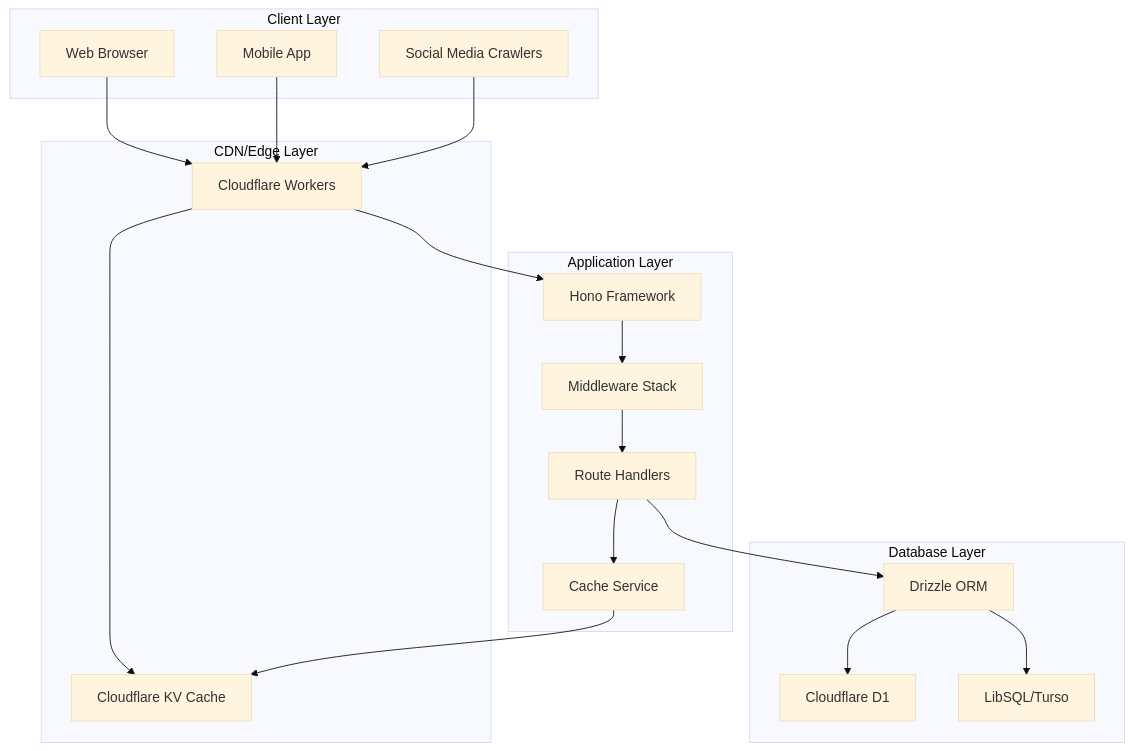
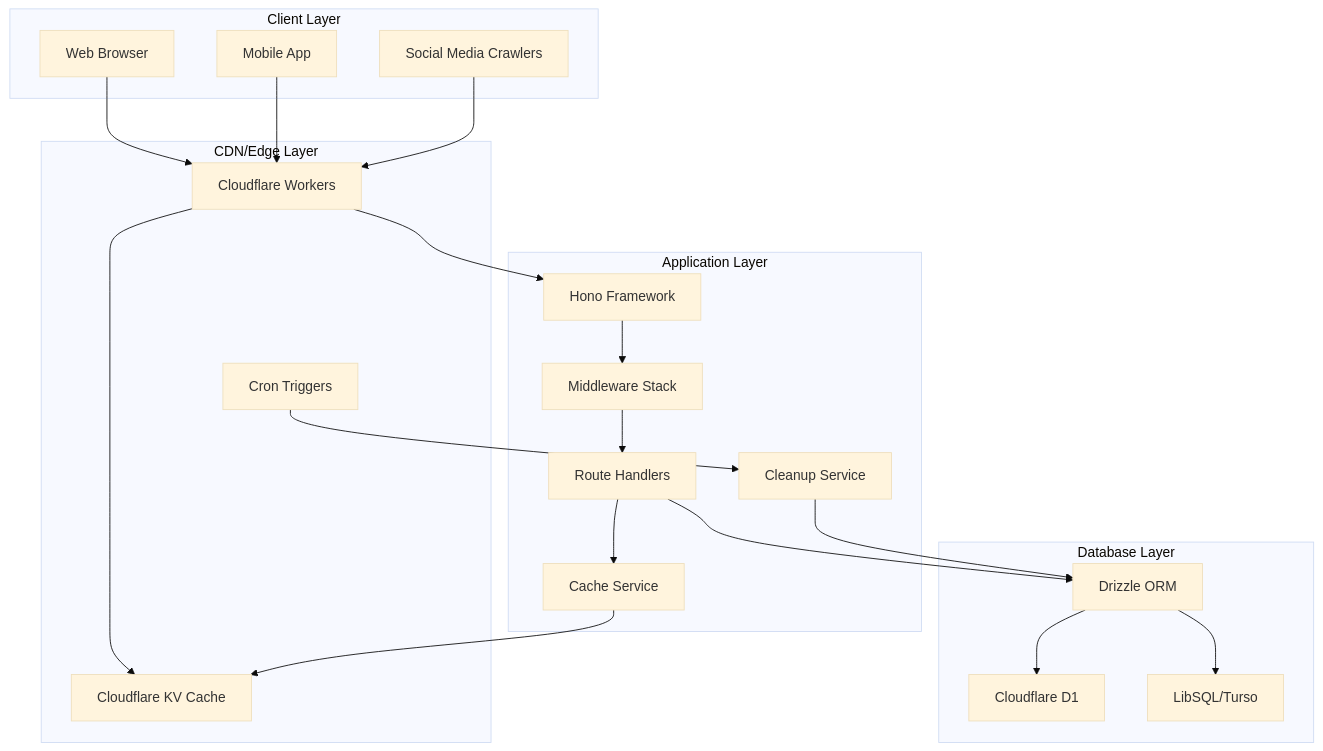
Before and after one commit to WuChenDi/shortener: the diagram in README.md, drawn with Mermaid (base theme). The commit also changed other lines of this file and 3 other files, not shown here.

First line of the commit message:
feat(cron): implement daily cleanup task for expired links

````diff
--- a/README.md
+++ b/README.md
@@ -37,35 +39,39 @@
 ```mermaid
 graph TB
     subgraph Client Layer
         A[Web Browser]
         B[Mobile App]
         C[Social Media Crawlers]
     end
     subgraph CDN/Edge Layer
         D[Cloudflare Workers]
         E[Cloudflare KV Cache]
+        F[Cron Triggers]
     end
     subgraph Application Layer
-        F[Hono Framework]
-        G[Middleware Stack]
-        H[Route Handlers]
-        I[Cache Service]
+        G[Hono Framework]
+        H[Middleware Stack]
+        I[Route Handlers]
+        J[Cache Service]
+        K[Cleanup Service]
     end
     subgraph Database Layer
-        J[Drizzle ORM]
-        K[Cloudflare D1]
-        L[LibSQL/Turso]
+        L[Drizzle ORM]
+        M[Cloudflare D1]
+        N[LibSQL/Turso]
     end
     A --> D
     B --> D
     C --> D
     D --> E
-    D --> F
-    F --> G
+    D --> G
+    F --> K
     G --> H
     H --> I
-    I --> E
-    H --> J
-    J --> K
-    J --> L
+    I --> J
+    J --> E
+    I --> L
+    K --> L
+    L --> M
+    L --> N
 ```
````
